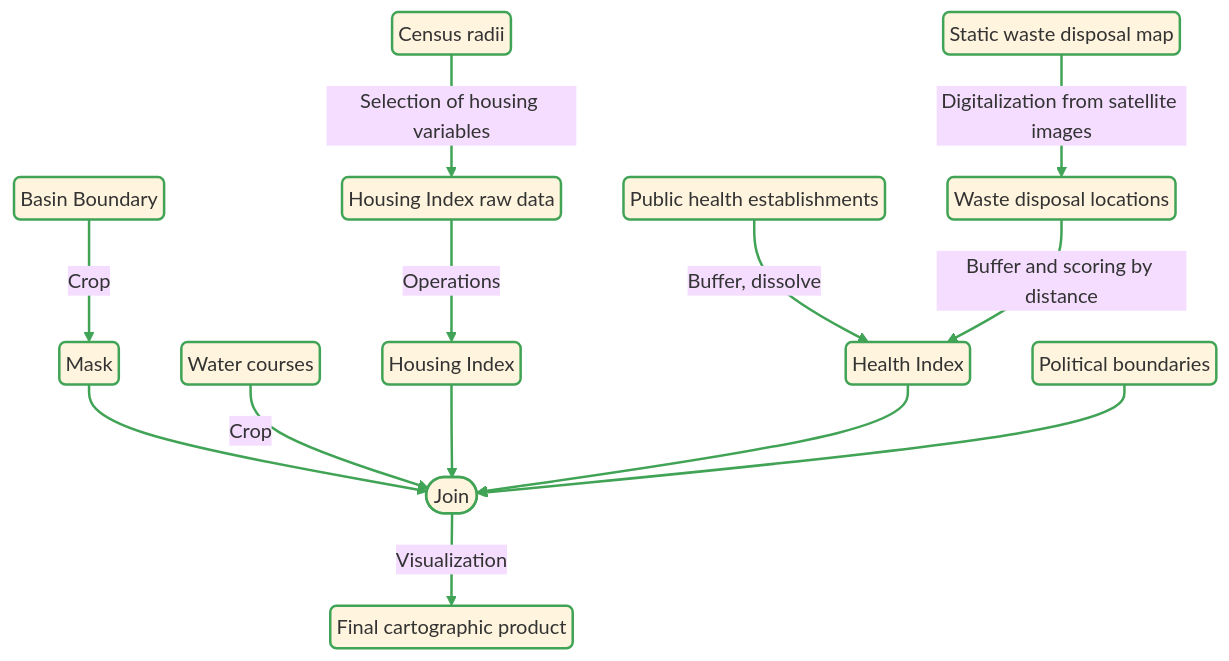
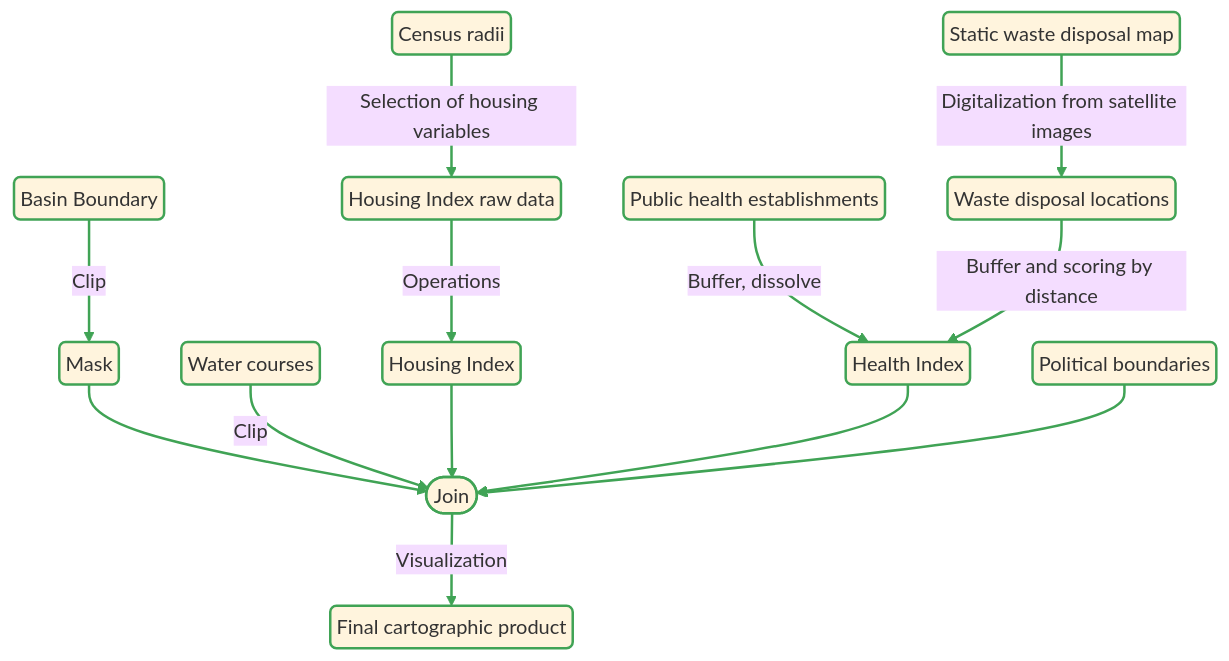
Before and after one commit to cdbyl/portfolio_EnEs: the diagram in projects_en/P01_en.qmd, drawn with Mermaid. The commit also changed 24 other files, not shown here.

````diff
--- a/projects_en/P01_en.qmd
+++ b/projects_en/P01_en.qmd
@@ -49,17 +49,17 @@
 ```{mermaid}
 ---
 config:
   theme: base
   flowchart:
     padding: 5
 ---
 flowchart TD
-    C(Basin Boundary) -->|Crop| B(Mask) --> Y
-    A(Water courses) -->|Crop| Y
+    C(Basin Boundary) -->|Clip| B(Mask) --> Y
+    A(Water courses) -->|Clip| Y
     D(Census radii) --> |Selection of housing variables| E(Housing Index raw data) --> |Operations| F(Housing Index) --> Y
     G(Public health establishments) --> |Buffer, dissolve| H(Health Index)
     I(Static waste disposal map) --> |Digitalization from satellite images| J(Waste disposal locations) --> |Buffer and scoring by distance| H --> Y
     K(Political boundaries) --> Y([Join]) --> |Visualization| Z(Final cartographic product)
 linkStyle default stroke:#40A355, stroke-width:2px;
 classDef default stroke:#40A355,stroke-width:2px;
 ```
````
